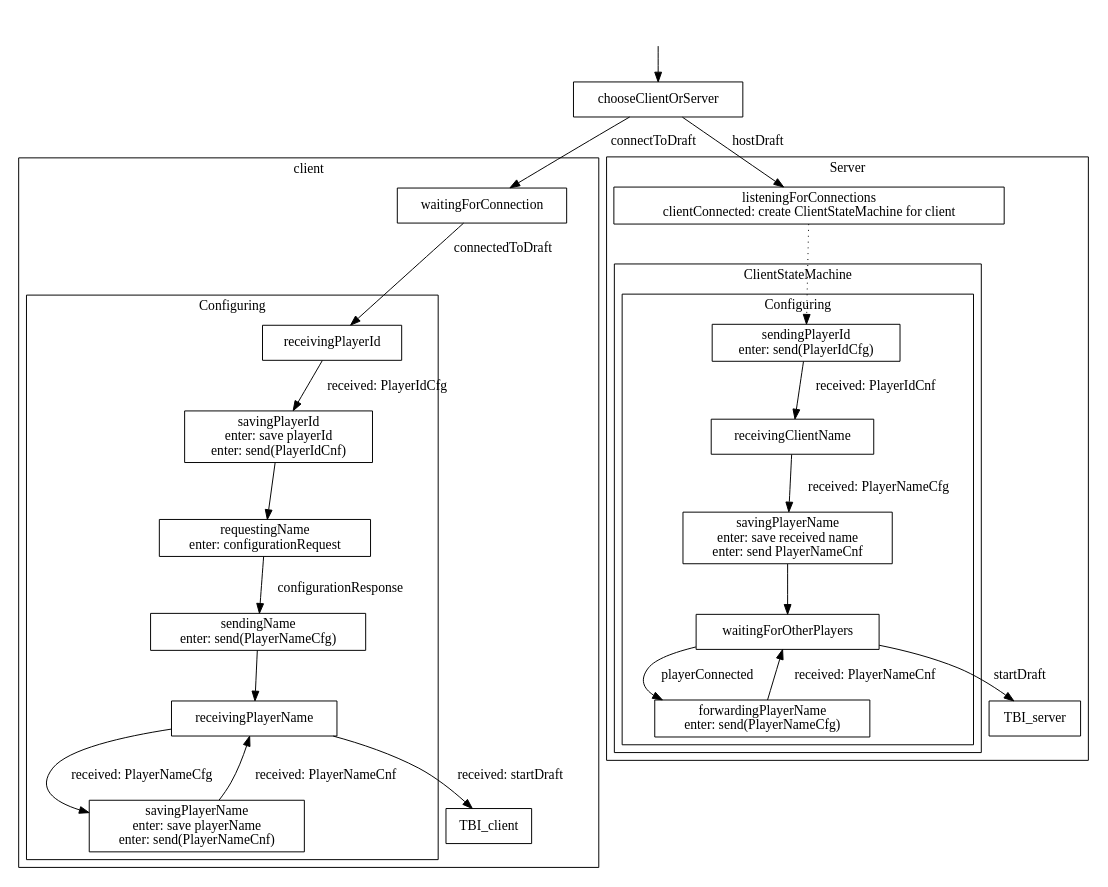
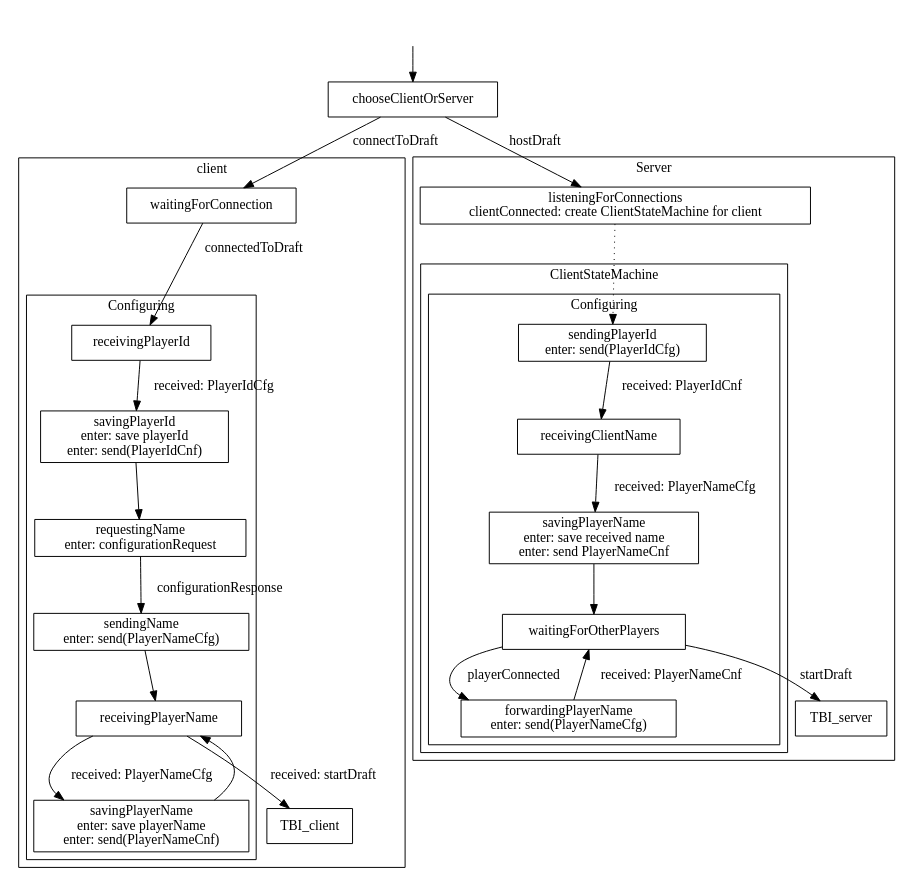
Before and after one commit to elchtzeasar/draft: the diagram in state/graph.dot, drawn with Graphviz. The commit also changed 3 other files, not shown here.

```diff
--- a/state/graph.dot
+++ b/state/graph.dot
@@ -1,59 +1,59 @@
 digraph G {
   node [shape=box];
 
   subgraph cluster1 {
     label = "client";
 
     subgraph cluster11 {
       label = "Configuring";
 
       savingPlayerId [label = "savingPlayerId\nenter: save playerId\nenter: send(PlayerIdCnf)"];
       requestingName_client [label = "requestingName\nenter: configurationRequest"];
       sendingName_client [label = "sendingName\nenter: send(PlayerNameCfg)"];
       savingPlayerName_client [label = "savingPlayerName\nenter: save playerName\nenter: send(PlayerNameCnf)"];
 
       receivingPlayerId -> savingPlayerId [label = "received: PlayerIdCfg"];
       savingPlayerId -> requestingName_client;
       requestingName_client -> sendingName_client [label = "configurationResponse"];
       sendingName_client -> receivingPlayerName;
       receivingPlayerName -> savingPlayerName_client [label = "received: PlayerNameCfg"];
-      savingPlayerName_client -> receivingPlayerName [label = "received: PlayerNameCnf"];
+      savingPlayerName_client -> receivingPlayerName;
     }
 
     receivingPlayerName -> TBI_client [label = "received: startDraft"];
     waitingForConnection -> receivingPlayerId [label = "connectedToDraft"];
   }
 
   subgraph cluster2 {
     label = "Server";
 
     listeningForConnections [label = "listeningForConnections\nclientConnected: create ClientStateMachine for client"];
 
     subgraph cluster21 {
       label = "ClientStateMachine";
   
       subgraph cluster211 {
         label = "Configuring";
 
 	sendingPlayerId [label = "sendingPlayerId\nenter: send(PlayerIdCfg)"];
  	savingPlayerName_server [label = "savingPlayerName\nenter: save received name\nenter: send PlayerNameCnf"];
 	waitingForOtherPlayers;
  	forwardingPlayerName [label = "forwardingPlayerName\nenter: send(PlayerNameCfg)"];
 
 	sendingPlayerId -> receivingClientName [label = "received: PlayerIdCnf"];
 	receivingClientName -> savingPlayerName_server [label = "received: PlayerNameCfg"];
 	savingPlayerName_server -> waitingForOtherPlayers;
 	waitingForOtherPlayers -> forwardingPlayerName [label = "playerConnected"];
 	forwardingPlayerName -> waitingForOtherPlayers [label = "received: PlayerNameCnf"];
       }
     } 
 
     listeningForConnections -> sendingPlayerId [style=dotted];
     waitingForOtherPlayers -> TBI_server [label = "startDraft"];
   }
 
   null [shape = plaintext label=""];
   null -> chooseClientOrServer;
   chooseClientOrServer -> waitingForConnection [label = "connectToDraft"];
   chooseClientOrServer -> listeningForConnections [label = "hostDraft"];
 }
```
